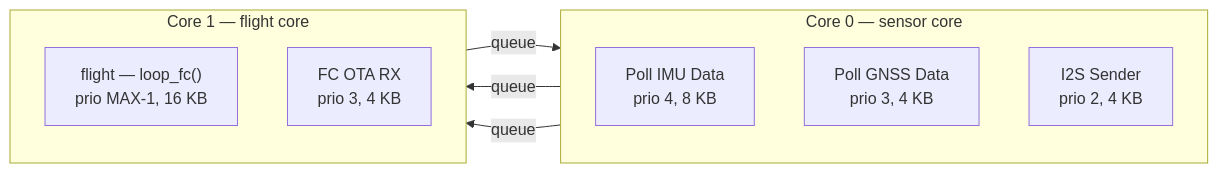
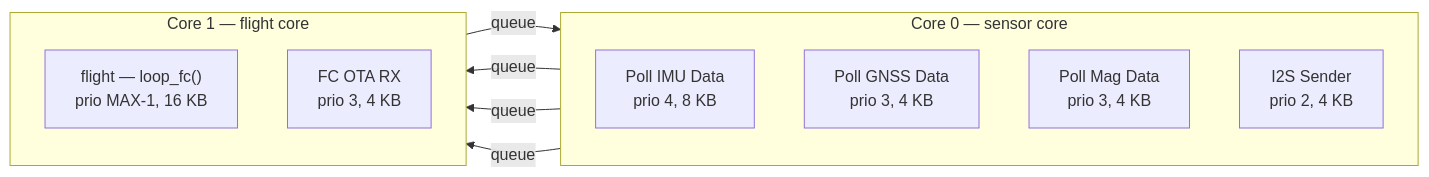
The first of 2 diagrams in docs/architecture/flight-computer.md (Tinkerbug-Robotics/TinkerRocket), drawn with Mermaid before and after one commit. The commit also changed other lines of this file and 21 other files, not shown here.

````diff
--- a/docs/architecture/flight-computer.md
+++ b/docs/architecture/flight-computer.md
@@ -47,17 +47,19 @@
 ```mermaid
 flowchart LR
     subgraph C0["Core 0 — sensor core"]
         direction TB
         IMU["Poll IMU Data<br/>prio 4, 8 KB"]
         GNSS["Poll GNSS Data<br/>prio 3, 4 KB"]
+        MAG["Poll Mag Data<br/>prio 3, 4 KB"]
         SEND["I2S Sender<br/>prio 2, 4 KB"]
     end
     subgraph C1["Core 1 — flight core"]
         direction TB
         FLIGHT["flight — loop_fc()<br/>prio MAX-1, 16 KB"]
         OTA["FC OTA RX<br/>prio 3, 4 KB"]
     end
     IMU -->|"queue"| FLIGHT
     GNSS -->|"queue"| FLIGHT
+    MAG -->|"queue"| FLIGHT
     FLIGHT -->|"queue"| SEND
 ```
````
